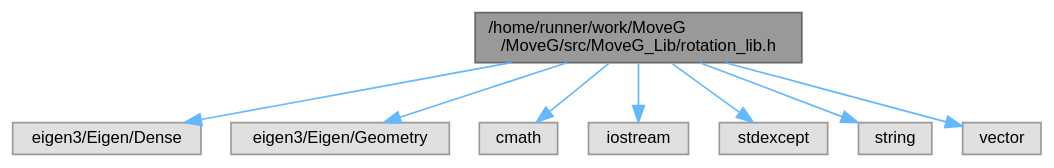
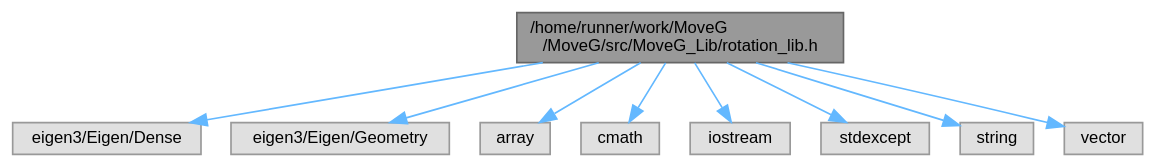
The diagram in rotation__lib_8h__incl.dot (GiorgioMedico/MoveG), drawn with Graphviz before and after one commit. The commit also changed 35 other files, not shown here.

```diff
--- a/rotation__lib_8h__incl.dot
+++ b/rotation__lib_8h__incl.dot
@@ -1,22 +1,24 @@
 digraph "/home/runner/work/MoveG/MoveG/src/MoveG_Lib/rotation_lib.h"
 {
  // LATEX_PDF_SIZE
   bgcolor="transparent";
   edge [fontname=Helvetica,fontsize=10,labelfontname=Helvetica,labelfontsize=10];
   node [fontname=Helvetica,fontsize=10,shape=box,height=0.2,width=0.4];
   Node1 [id="Node000001",label="/home/runner/work/MoveG\l/MoveG/src/MoveG_Lib/rotation_lib.h",height=0.2,width=0.4,color="gray40", fillcolor="grey60", style="filled", fontcolor="black",tooltip="Class for representing and manipulating 3D rotations."];
   Node1 -> Node2 [id="edge1_Node000001_Node000002",color="steelblue1",style="solid",tooltip=" "];
   Node2 [id="Node000002",label="eigen3/Eigen/Dense",height=0.2,width=0.4,color="grey60", fillcolor="#E0E0E0", style="filled",tooltip=" "];
   Node1 -> Node3 [id="edge2_Node000001_Node000003",color="steelblue1",style="solid",tooltip=" "];
   Node3 [id="Node000003",label="eigen3/Eigen/Geometry",height=0.2,width=0.4,color="grey60", fillcolor="#E0E0E0", style="filled",tooltip=" "];
   Node1 -> Node4 [id="edge3_Node000001_Node000004",color="steelblue1",style="solid",tooltip=" "];
-  Node4 [id="Node000004",label="cmath",height=0.2,width=0.4,color="grey60", fillcolor="#E0E0E0", style="filled",tooltip=" "];
+  Node4 [id="Node000004",label="array",height=0.2,width=0.4,color="grey60", fillcolor="#E0E0E0", style="filled",tooltip=" "];
   Node1 -> Node5 [id="edge4_Node000001_Node000005",color="steelblue1",style="solid",tooltip=" "];
-  Node5 [id="Node000005",label="iostream",height=0.2,width=0.4,color="grey60", fillcolor="#E0E0E0", style="filled",tooltip=" "];
+  Node5 [id="Node000005",label="cmath",height=0.2,width=0.4,color="grey60", fillcolor="#E0E0E0", style="filled",tooltip=" "];
   Node1 -> Node6 [id="edge5_Node000001_Node000006",color="steelblue1",style="solid",tooltip=" "];
-  Node6 [id="Node000006",label="stdexcept",height=0.2,width=0.4,color="grey60", fillcolor="#E0E0E0", style="filled",tooltip=" "];
+  Node6 [id="Node000006",label="iostream",height=0.2,width=0.4,color="grey60", fillcolor="#E0E0E0", style="filled",tooltip=" "];
   Node1 -> Node7 [id="edge6_Node000001_Node000007",color="steelblue1",style="solid",tooltip=" "];
-  Node7 [id="Node000007",label="string",height=0.2,width=0.4,color="grey60", fillcolor="#E0E0E0", style="filled",tooltip=" "];
+  Node7 [id="Node000007",label="stdexcept",height=0.2,width=0.4,color="grey60", fillcolor="#E0E0E0", style="filled",tooltip=" "];
   Node1 -> Node8 [id="edge7_Node000001_Node000008",color="steelblue1",style="solid",tooltip=" "];
-  Node8 [id="Node000008",label="vector",height=0.2,width=0.4,color="grey60", fillcolor="#E0E0E0", style="filled",tooltip=" "];
+  Node8 [id="Node000008",label="string",height=0.2,width=0.4,color="grey60", fillcolor="#E0E0E0", style="filled",tooltip=" "];
+  Node1 -> Node9 [id="edge8_Node000001_Node000009",color="steelblue1",style="solid",tooltip=" "];
+  Node9 [id="Node000009",label="vector",height=0.2,width=0.4,color="grey60", fillcolor="#E0E0E0", style="filled",tooltip=" "];
 }
```
